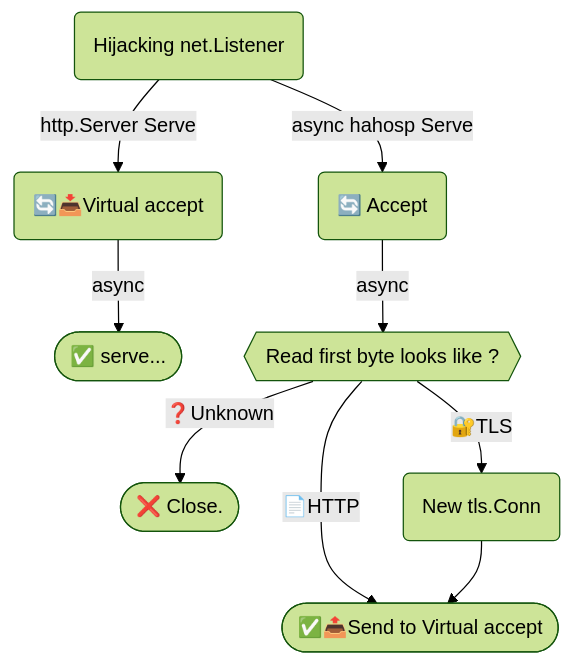
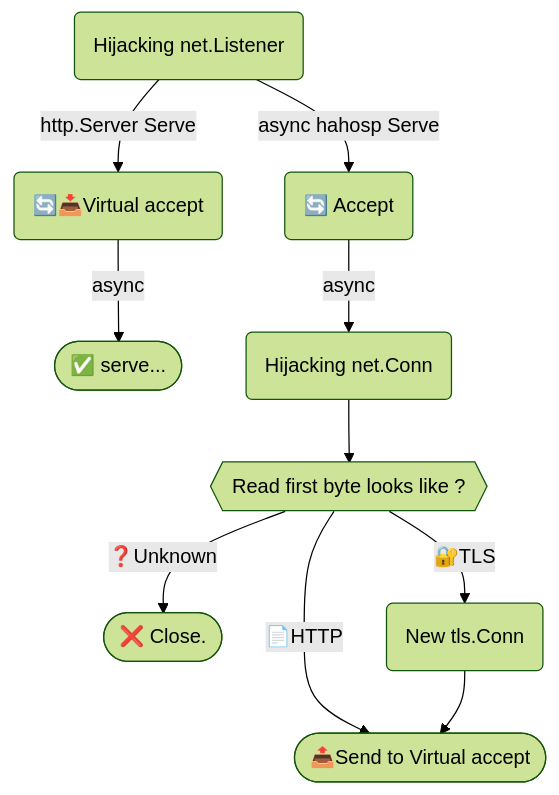
One commit to bddjr/hahosp changed the diagram in README.md. Above: the diagram before and after it, drawn with Mermaid (forest theme). The commit also changed other lines of this file, not shown here.

````diff
--- a/README.md
+++ b/README.md
@@ -64,17 +61,18 @@
 ```mermaid
 flowchart TD
 	VirtualListener("Hijacking net.Listener")
     VirtualAccept("🔄📥Virtual accept")
     Accept("🔄 Accept")
     Serve(["✅ serve..."])
 	LooksLike{{"Read first byte looks like ?"}}
 	Close(["❌ Close."])
-    SentToVA(["✅📤Send to Virtual accept"])
+    HijackingNetConn("Hijacking net.Conn")
+    SentToVA(["📤Send to Virtual accept"])
     NewTLS("New tls.Conn")
 
     VirtualListener -- "http.Server Serve" --> VirtualAccept -- "async" --> Serve
-    VirtualListener -- "async hahosp Serve" --> Accept -- "async"  --> LooksLike
+    VirtualListener -- "async hahosp Serve" --> Accept -- "async"  --> HijackingNetConn --> LooksLike
     LooksLike -- "❓Unknown" --> Close
     LooksLike -- "📄HTTP" --> SentToVA
     LooksLike -- "🔐TLS" --> NewTLS --> SentToVA
 ```
````
